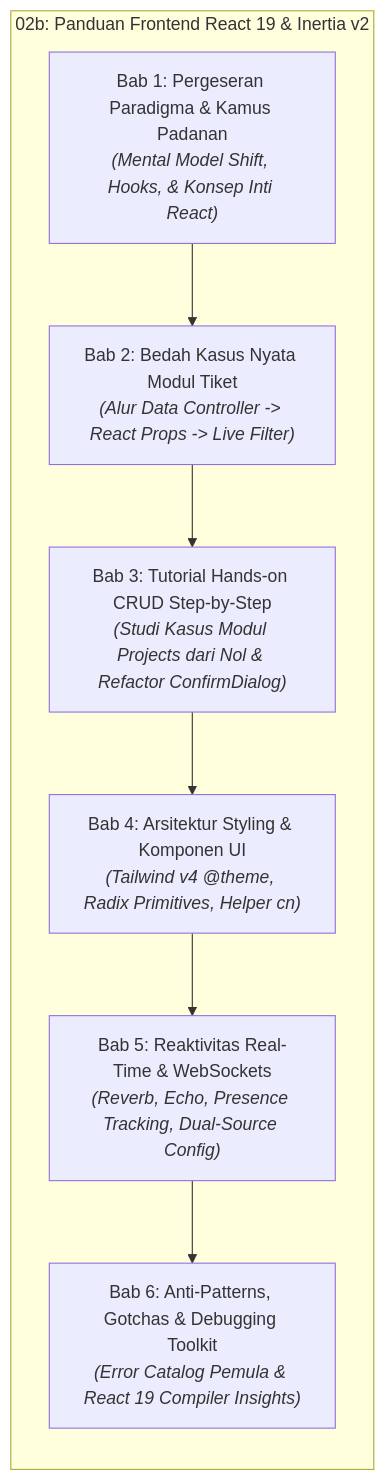
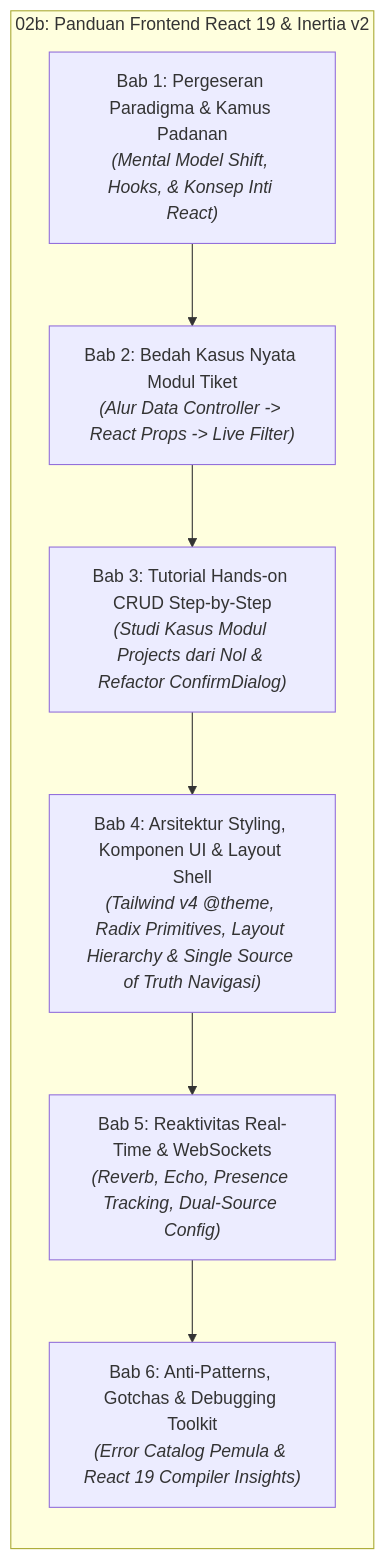
Before and after one commit to adi-jaya/PortalSifast: the second of 12 diagrams in docs/developer-onboarding/02b-PANDUAN-FRONTEND-REACT-INERTIA-UNTUK-LARAVEL-DEV.md, drawn with Mermaid. The commit also changed other lines of this file and 6 other files, not shown here.

````diff
--- a/docs/developer-onboarding/02b-PANDUAN-FRONTEND-REACT-INERTIA-UNTUK-LARAVEL-DEV.md
+++ b/docs/developer-onboarding/02b-PANDUAN-FRONTEND-REACT-INERTIA-UNTUK-LARAVEL-DEV.md
@@ -53,14 +53,14 @@
 ```mermaid
 graph TD
     subgraph Modul02b ["02b: Panduan Frontend React 19 & Inertia v2"]
         direction TB
         B1["Bab 1: Pergeseran Paradigma & Kamus Padanan<br/><i>(Mental Model Shift, Hooks, & Konsep Inti React)</i>"]
         B2["Bab 2: Bedah Kasus Nyata Modul Tiket<br/><i>(Alur Data Controller -> React Props -> Live Filter)</i>"]
         B3["Bab 3: Tutorial Hands-on CRUD Step-by-Step<br/><i>(Studi Kasus Modul Projects dari Nol & Refactor ConfirmDialog)</i>"]
-        B4["Bab 4: Arsitektur Styling & Komponen UI<br/><i>(Tailwind v4 @theme, Radix Primitives, Helper cn)</i>"]
+        B4["Bab 4: Arsitektur Styling, Komponen UI & Layout Shell<br/><i>(Tailwind v4 @theme, Radix Primitives, Layout Hierarchy & Single Source of Truth Navigasi)</i>"]
         B5["Bab 5: Reaktivitas Real-Time & WebSockets<br/><i>(Reverb, Echo, Presence Tracking, Dual-Source Config)</i>"]
         B6["Bab 6: Anti-Patterns, Gotchas & Debugging Toolkit<br/><i>(Error Catalog Pemula & React 19 Compiler Insights)</i>"]
         
         B1 --> B2 --> B3 --> B4 --> B5 --> B6
     end
 ```
````
